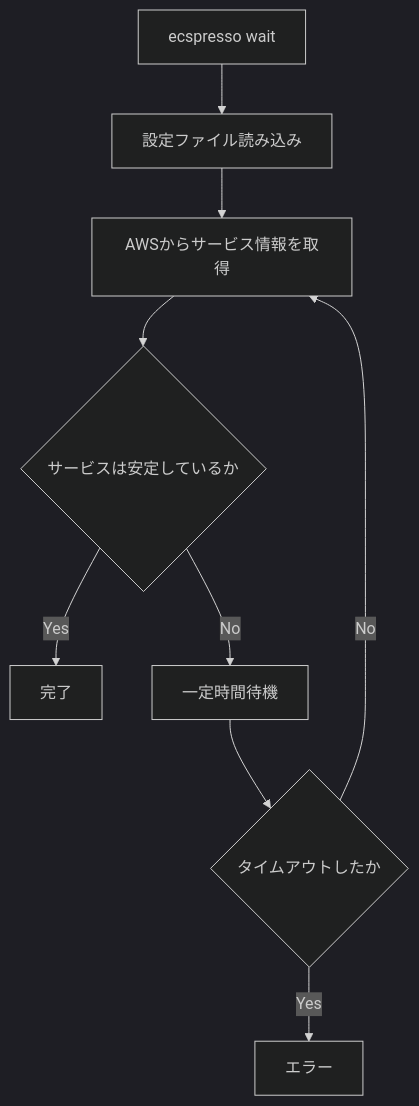
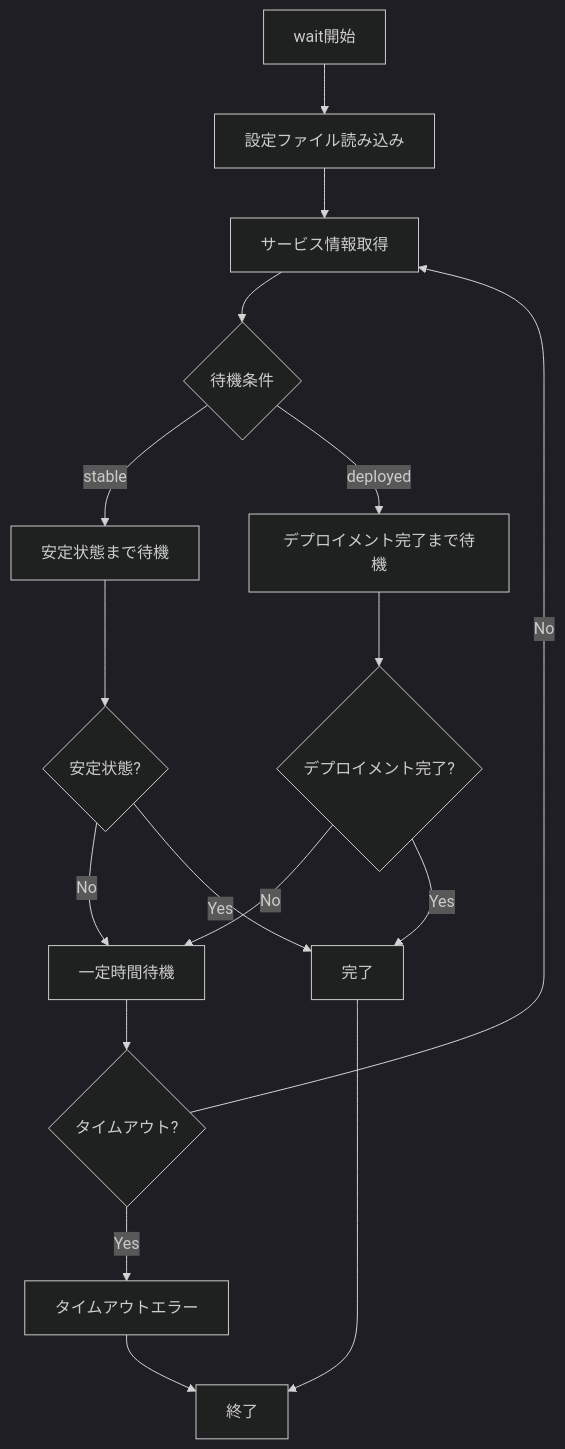
The diagram in ecspresso/commands/wait.md (bufferings/devin-docs), drawn with Mermaid (dark theme) before and after one commit. The commit also changed other lines of this file and 29 other files, not shown here.

````diff
--- a/ecspresso/commands/wait.md
+++ b/ecspresso/commands/wait.md
@@ -42,11 +64,19 @@
 ```mermaid
 graph TD
-    A[ecspresso wait] --> B[設定ファイル読み込み]
-    B --> C[AWSからサービス情報を取得]
-    C --> D{サービスは安定しているか}
-    D -->|Yes| E[完了]
-    D -->|No| F[一定時間待機]
-    F --> G{タイムアウトしたか}
-    G -->|Yes| H[エラー]
-    G -->|No| C
+    A[wait開始] --> B[設定ファイル読み込み]
+    B --> C[サービス情報取得]
+    C --> D{待機条件}
+    D -->|stable| E[安定状態まで待機]
+    D -->|deployed| F[デプロイメント完了まで待機]
+    E --> G{安定状態?}
+    F --> H{デプロイメント完了?}
+    G -->|No| I[一定時間待機]
+    H -->|No| I
+    I --> J{タイムアウト?}
+    J -->|No| C
+    J -->|Yes| K[タイムアウトエラー]
+    G -->|Yes| L[完了]
+    H -->|Yes| L
+    K --> M[終了]
+    L --> M
 ```
````
